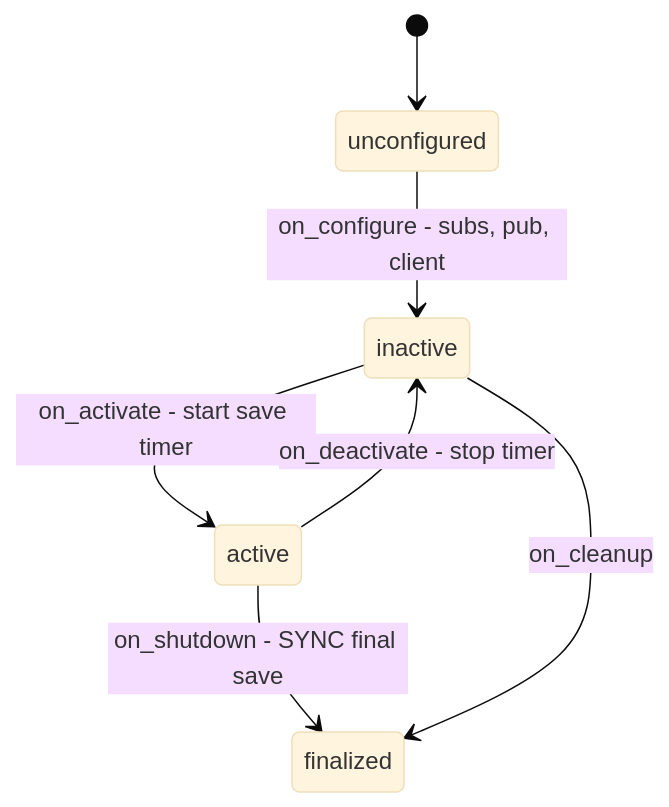
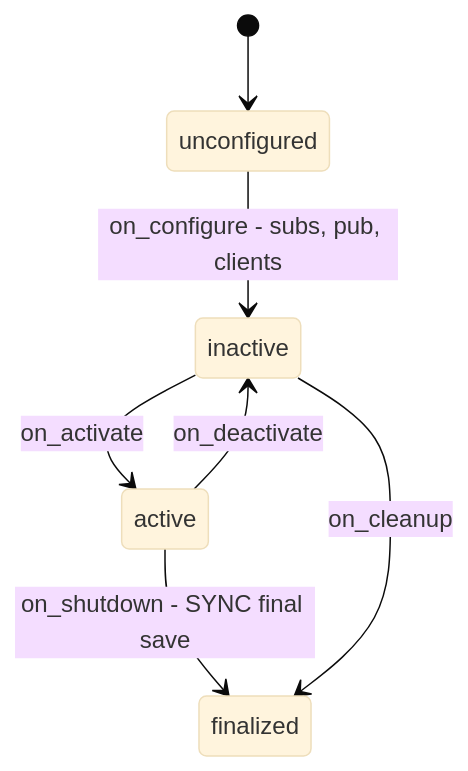
The diagram in 01-literate/02-slam_manager_node.md (Boston-Robot-Hackers/dome_nav), drawn with Mermaid (base theme) before and after one commit. The commit also changed other lines of this file and 28 other files, not shown here.

````diff
--- a/01-literate/02-slam_manager_node.md
+++ b/01-literate/02-slam_manager_node.md
@@ -33,9 +32,9 @@
 ```mermaid
 stateDiagram-v2
     [*] --> unconfigured
-    unconfigured --> inactive: on_configure - subs, pub, client
-    inactive --> active: on_activate - start save timer
-    active --> inactive: on_deactivate - stop timer
+    unconfigured --> inactive: on_configure - subs, pub, clients
+    inactive --> active: on_activate
+    active --> inactive: on_deactivate
     active --> finalized: on_shutdown - SYNC final save
     inactive --> finalized: on_cleanup
 ```
````
